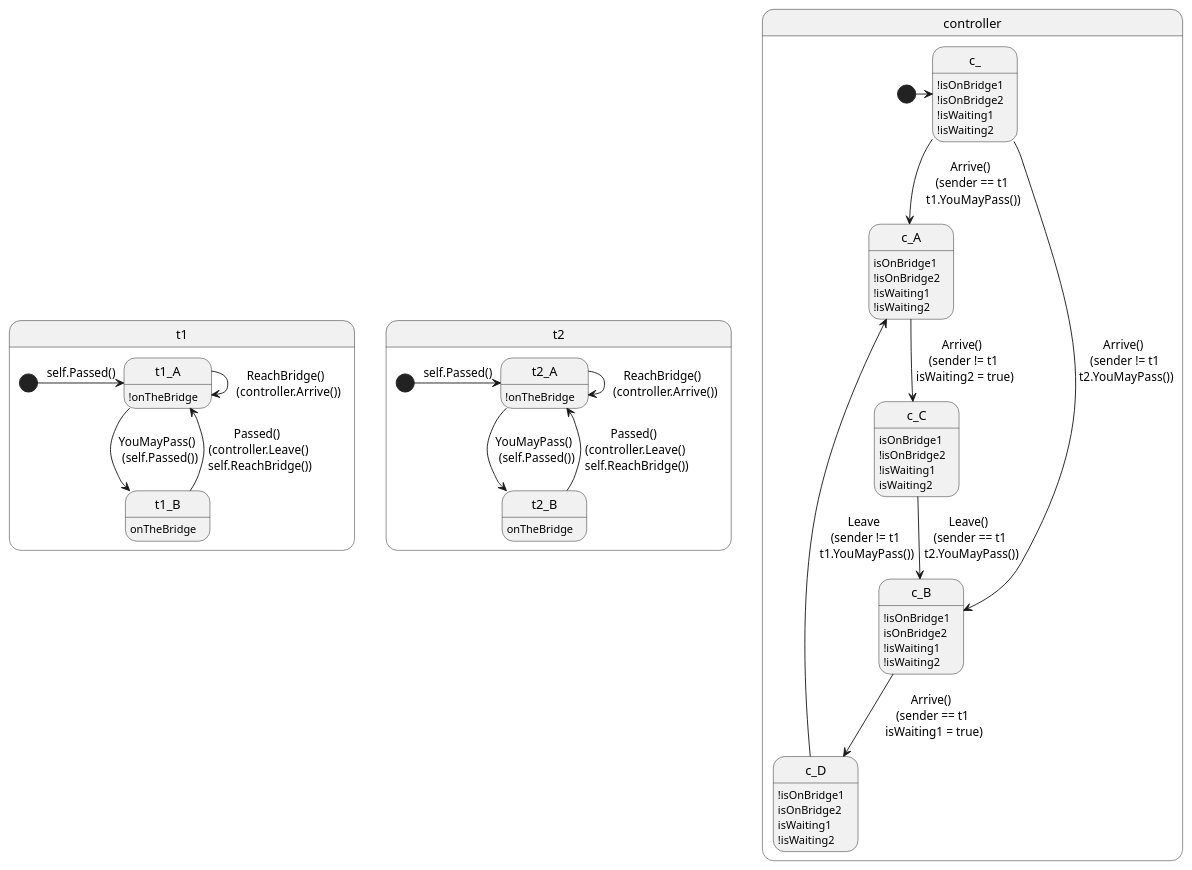
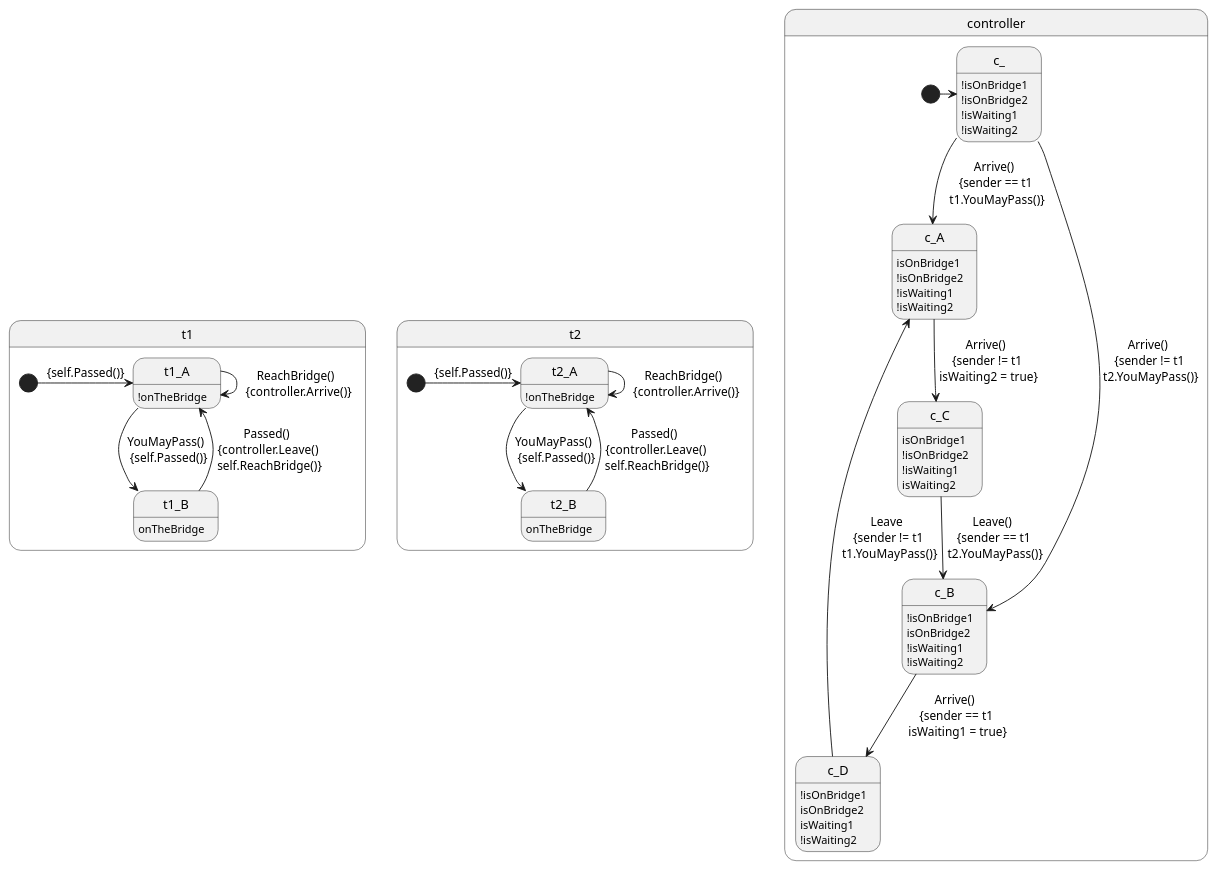
Before and after one commit to gnowin/UML-To-Rebecca-Dataset: the diagram in ModelTranslations/TrainBridgeController/TrainBridgeController.plantuml, drawn with PlantUML. The commit also changed 4 other files, not shown here.

```diff
--- a/ModelTranslations/TrainBridgeController/TrainBridgeController.plantuml
+++ b/ModelTranslations/TrainBridgeController/TrainBridgeController.plantuml
@@ -1,76 +1,76 @@
 @startuml
 
 hide empty description
 
 state t1{
 
 t1_A : !onTheBridge
 
 t1_B : onTheBridge
 
-[*] -> t1_A : self.Passed()
+[*] -> t1_A : {self.Passed()}
 
-t1_A -> t1_A : ReachBridge() \n (controller.Arrive())
-t1_A --> t1_B : YouMayPass() \n (self.Passed())
+t1_A -> t1_A : ReachBridge() \n {controller.Arrive()}
+t1_A --> t1_B : YouMayPass() \n {self.Passed()}
 
-t1_B --> t1_A : Passed() \n (controller.Leave() \n self.ReachBridge())
+t1_B --> t1_A : Passed() \n {controller.Leave() \n self.ReachBridge()}
 
 }
 
 state t2{
 
 t2_A : !onTheBridge
 
 t2_B : onTheBridge
 
-[*] -> t2_A : self.Passed()
+[*] -> t2_A : {self.Passed()}
 
-t2_A -> t2_A : ReachBridge() \n (controller.Arrive())
-t2_A --> t2_B : YouMayPass() \n (self.Passed())
+t2_A -> t2_A : ReachBridge() \n {controller.Arrive()}
+t2_A --> t2_B : YouMayPass() \n {self.Passed()}
 
-t2_B --> t2_A : Passed() \n (controller.Leave() \n self.ReachBridge())
+t2_B --> t2_A : Passed() \n {controller.Leave() \n self.ReachBridge()}
 
 }
 
 state controller{
 
 State c_ : !isOnBridge1
 State c_ : !isOnBridge2
 State c_ : !isWaiting1
 State c_ : !isWaiting2
 
 State c_A : isOnBridge1
 State c_A : !isOnBridge2
 State c_A : !isWaiting1
 State c_A : !isWaiting2
 
 State c_B : !isOnBridge1
 State c_B : isOnBridge2
 State c_B : !isWaiting1
 State c_B : !isWaiting2
 State c_C : isOnBridge1
 State c_C : !isOnBridge2
 State c_C : !isWaiting1
 State c_C : isWaiting2
 State c_D : !isOnBridge1
 State c_D : isOnBridge2
 State c_D : isWaiting1
 State c_D : !isWaiting2
 
 [*] -> c_
 
-c_ --> c_A : Arrive() \n (sender == t1 \n t1.YouMayPass())
+c_ --> c_A : Arrive() \n {sender == t1 \n t1.YouMayPass()}
 
-c_ --> c_B : Arrive() \n (sender != t1 \n t2.YouMayPass())
+c_ --> c_B : Arrive() \n {sender != t1 \n t2.YouMayPass()}
 
-c_A --> c_C : Arrive() \n (sender != t1 \n isWaiting2 = true)
+c_A --> c_C : Arrive() \n {sender != t1 \n isWaiting2 = true}
 
-c_B --> c_D : Arrive() \n (sender == t1 \n isWaiting1 = true)
+c_B --> c_D : Arrive() \n {sender == t1 \n isWaiting1 = true}
 
-c_C --> c_B : Leave() \n (sender == t1 \n t2.YouMayPass())
+c_C --> c_B : Leave() \n {sender == t1 \n t2.YouMayPass()}
 
-c_D --> c_A : Leave \n (sender != t1 \n t1.YouMayPass())
+c_D --> c_A : Leave \n {sender != t1 \n t1.YouMayPass()}
 
 }
 
 @enduml 
```
